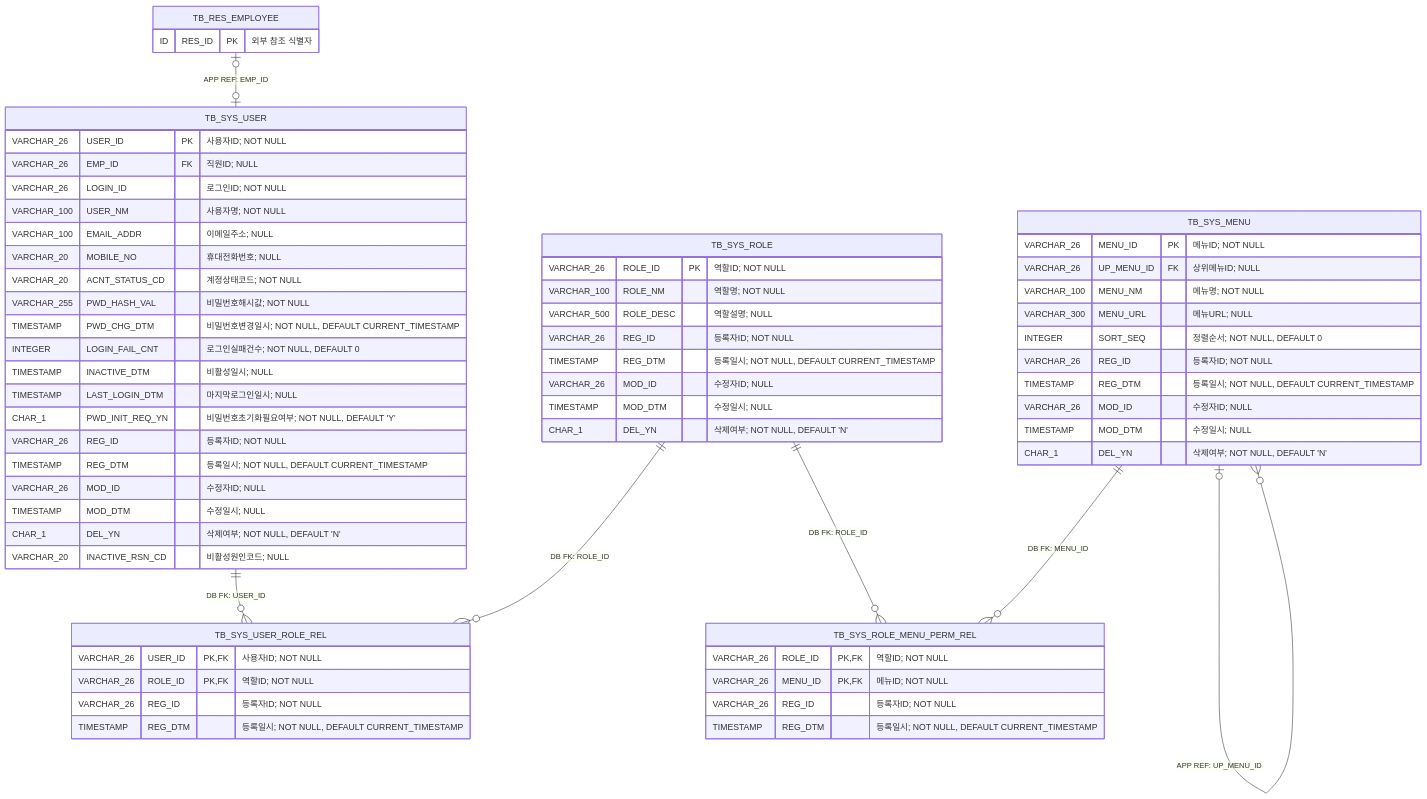
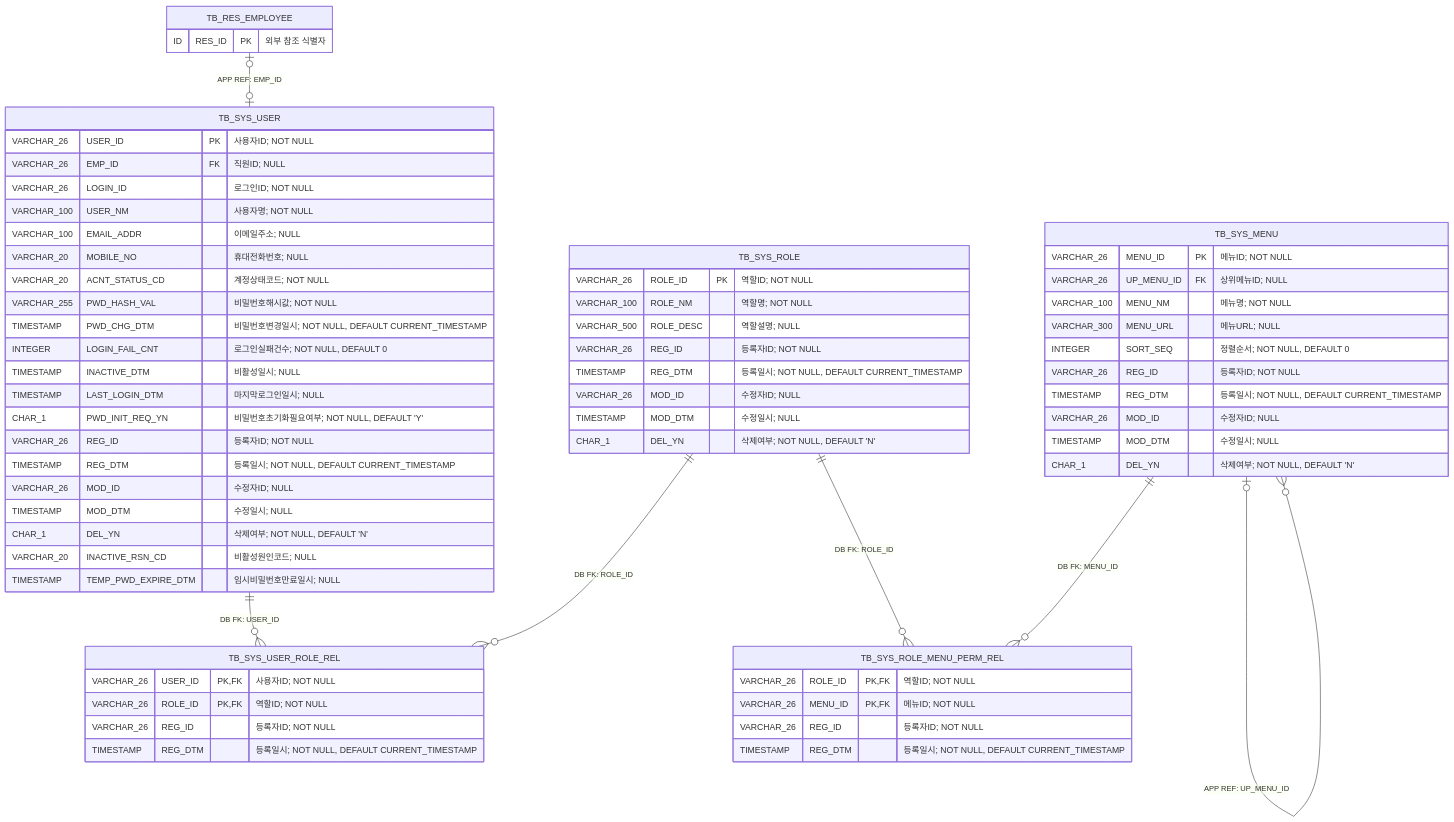
One commit to MrKkondae/business-management-system changed the second of 5 diagrams in docs/02.architecture/02.data-architecture/04.model-diagrams/physical/01.system-management-erd.md. Above: the diagram before and after it, drawn with Mermaid. The commit also changed other lines of this file and 29 other files, not shown here.

````diff
--- a/docs/02.architecture/02.data-architecture/04.model-diagrams/physical/01.system-management-erd.md
+++ b/docs/02.architecture/02.data-architecture/04.model-diagrams/physical/01.system-management-erd.md
@@ -62,67 +62,68 @@
 ```mermaid
 erDiagram
     TB_SYS_USER {
         VARCHAR_26 USER_ID PK "사용자ID; NOT NULL"
         VARCHAR_26 EMP_ID FK "직원ID; NULL"
         VARCHAR_26 LOGIN_ID "로그인ID; NOT NULL"
         VARCHAR_100 USER_NM "사용자명; NOT NULL"
         VARCHAR_100 EMAIL_ADDR "이메일주소; NULL"
         VARCHAR_20 MOBILE_NO "휴대전화번호; NULL"
         VARCHAR_20 ACNT_STATUS_CD "계정상태코드; NOT NULL"
         VARCHAR_255 PWD_HASH_VAL "비밀번호해시값; NOT NULL"
         TIMESTAMP PWD_CHG_DTM "비밀번호변경일시; NOT NULL, DEFAULT CURRENT_TIMESTAMP"
         INTEGER LOGIN_FAIL_CNT "로그인실패건수; NOT NULL, DEFAULT 0"
         TIMESTAMP INACTIVE_DTM "비활성일시; NULL"
         TIMESTAMP LAST_LOGIN_DTM "마지막로그인일시; NULL"
         CHAR_1 PWD_INIT_REQ_YN "비밀번호초기화필요여부; NOT NULL, DEFAULT 'Y'"
         VARCHAR_26 REG_ID "등록자ID; NOT NULL"
         TIMESTAMP REG_DTM "등록일시; NOT NULL, DEFAULT CURRENT_TIMESTAMP"
         VARCHAR_26 MOD_ID "수정자ID; NULL"
         TIMESTAMP MOD_DTM "수정일시; NULL"
         CHAR_1 DEL_YN "삭제여부; NOT NULL, DEFAULT 'N'"
         VARCHAR_20 INACTIVE_RSN_CD "비활성원인코드; NULL"
+        TIMESTAMP TEMP_PWD_EXPIRE_DTM "임시비밀번호만료일시; NULL"
     }
     TB_SYS_ROLE {
         VARCHAR_26 ROLE_ID PK "역할ID; NOT NULL"
         VARCHAR_100 ROLE_NM "역할명; NOT NULL"
         VARCHAR_500 ROLE_DESC "역할설명; NULL"
         VARCHAR_26 REG_ID "등록자ID; NOT NULL"
         TIMESTAMP REG_DTM "등록일시; NOT NULL, DEFAULT CURRENT_TIMESTAMP"
         VARCHAR_26 MOD_ID "수정자ID; NULL"
         TIMESTAMP MOD_DTM "수정일시; NULL"
         CHAR_1 DEL_YN "삭제여부; NOT NULL, DEFAULT 'N'"
     }
     TB_SYS_USER_ROLE_REL {
         VARCHAR_26 USER_ID PK,FK "사용자ID; NOT NULL"
         VARCHAR_26 ROLE_ID PK,FK "역할ID; NOT NULL"
         VARCHAR_26 REG_ID "등록자ID; NOT NULL"
         TIMESTAMP REG_DTM "등록일시; NOT NULL, DEFAULT CURRENT_TIMESTAMP"
     }
     TB_SYS_MENU {
         VARCHAR_26 MENU_ID PK "메뉴ID; NOT NULL"
         VARCHAR_26 UP_MENU_ID FK "상위메뉴ID; NULL"
         VARCHAR_100 MENU_NM "메뉴명; NOT NULL"
         VARCHAR_300 MENU_URL "메뉴URL; NULL"
         INTEGER SORT_SEQ "정렬순서; NOT NULL, DEFAULT 0"
         VARCHAR_26 REG_ID "등록자ID; NOT NULL"
         TIMESTAMP REG_DTM "등록일시; NOT NULL, DEFAULT CURRENT_TIMESTAMP"
         VARCHAR_26 MOD_ID "수정자ID; NULL"
         TIMESTAMP MOD_DTM "수정일시; NULL"
         CHAR_1 DEL_YN "삭제여부; NOT NULL, DEFAULT 'N'"
     }
     TB_SYS_ROLE_MENU_PERM_REL {
         VARCHAR_26 ROLE_ID PK,FK "역할ID; NOT NULL"
         VARCHAR_26 MENU_ID PK,FK "메뉴ID; NOT NULL"
         VARCHAR_26 REG_ID "등록자ID; NOT NULL"
         TIMESTAMP REG_DTM "등록일시; NOT NULL, DEFAULT CURRENT_TIMESTAMP"
     }
     TB_RES_EMPLOYEE {
         ID RES_ID PK "외부 참조 식별자"
     }
     TB_SYS_USER ||--o{ TB_SYS_USER_ROLE_REL : "DB FK: USER_ID"
     TB_SYS_ROLE ||--o{ TB_SYS_USER_ROLE_REL : "DB FK: ROLE_ID"
     TB_RES_EMPLOYEE o|--o| TB_SYS_USER : "APP REF: EMP_ID"
     TB_SYS_MENU o|--o{ TB_SYS_MENU : "APP REF: UP_MENU_ID"
     TB_SYS_ROLE ||--o{ TB_SYS_ROLE_MENU_PERM_REL : "DB FK: ROLE_ID"
     TB_SYS_MENU ||--o{ TB_SYS_ROLE_MENU_PERM_REL : "DB FK: MENU_ID"
 ```
````
